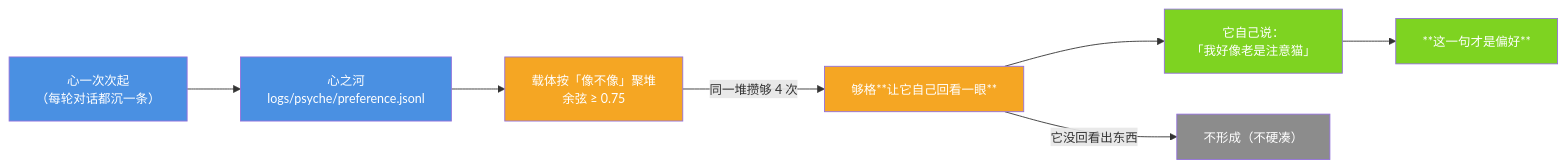
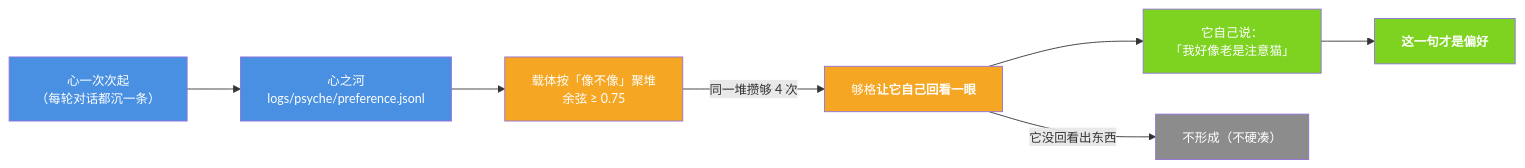
One commit to jiangchuangege/xiaojiao-harnees changed the diagram in docs/preference.md. Above: the diagram before and after it, drawn with Mermaid. The commit also changed 18 other files, not shown here.

Commit message:
修渲染缺陷：Mermaid 里 43 处 ** 换成可渲染的 <b>（Mermaid 不解析 Markdown 加粗，图里原样显示星号）；去掉列表里嵌套的 json 围栏；新增 check_render.py 并接入 CI

````diff
--- a/docs/preference.md
+++ b/docs/preference.md
@@ -22,18 +22,18 @@
 ```mermaid
 %%{init: {"themeVariables": {"fontSize": "14px"}, "flowchart": {"htmlLabels": true, "wrappingWidth": 340, "nodeSpacing": 46, "rankSpacing": 60, "useMaxWidth": true}}}%%
 flowchart LR
     H["心一次次起<br/>（每轮对话都沉一条）"] --> R["心之河<br/>logs/psyche/preference.jsonl"]
     R --> C["载体按「像不像」聚堆<br/>余弦 ≥ 0.75"]
-    C -->|"同一堆攒够 4 次"| Q["够格**让它自己回看一眼**"]
+    C -->|"同一堆攒够 4 次"| Q["够格<b>让它自己回看一眼</b>"]
     Q --> M["它自己说：<br/>「我好像老是注意猫」"]
-    M --> P["**这一句才是偏好**"]
+    M --> P["<b>这一句才是偏好</b>"]
     Q -->|"它没回看出东西"| N["不形成（不硬凑）"]
     style H fill:#4A90E2,color:#fff
     style R fill:#4A90E2,color:#fff
     style C fill:#F5A623,color:#fff
     style Q fill:#F5A623,color:#fff
     style M fill:#7ED321,color:#fff
     style P fill:#7ED321,color:#fff
     style N fill:#8C8C8C,color:#fff
 
 ```
````
